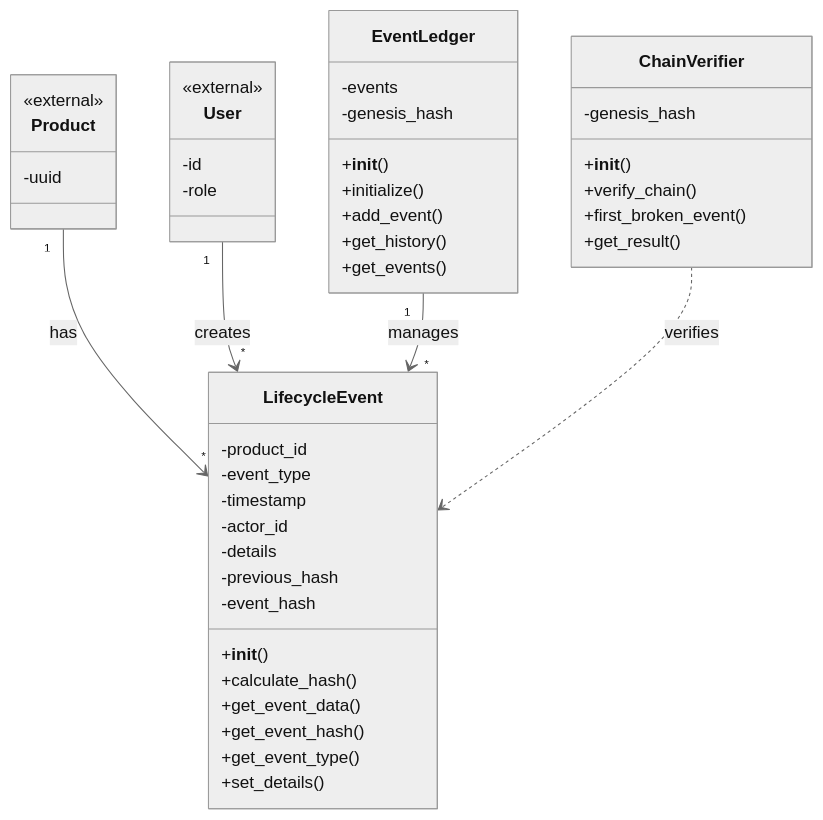
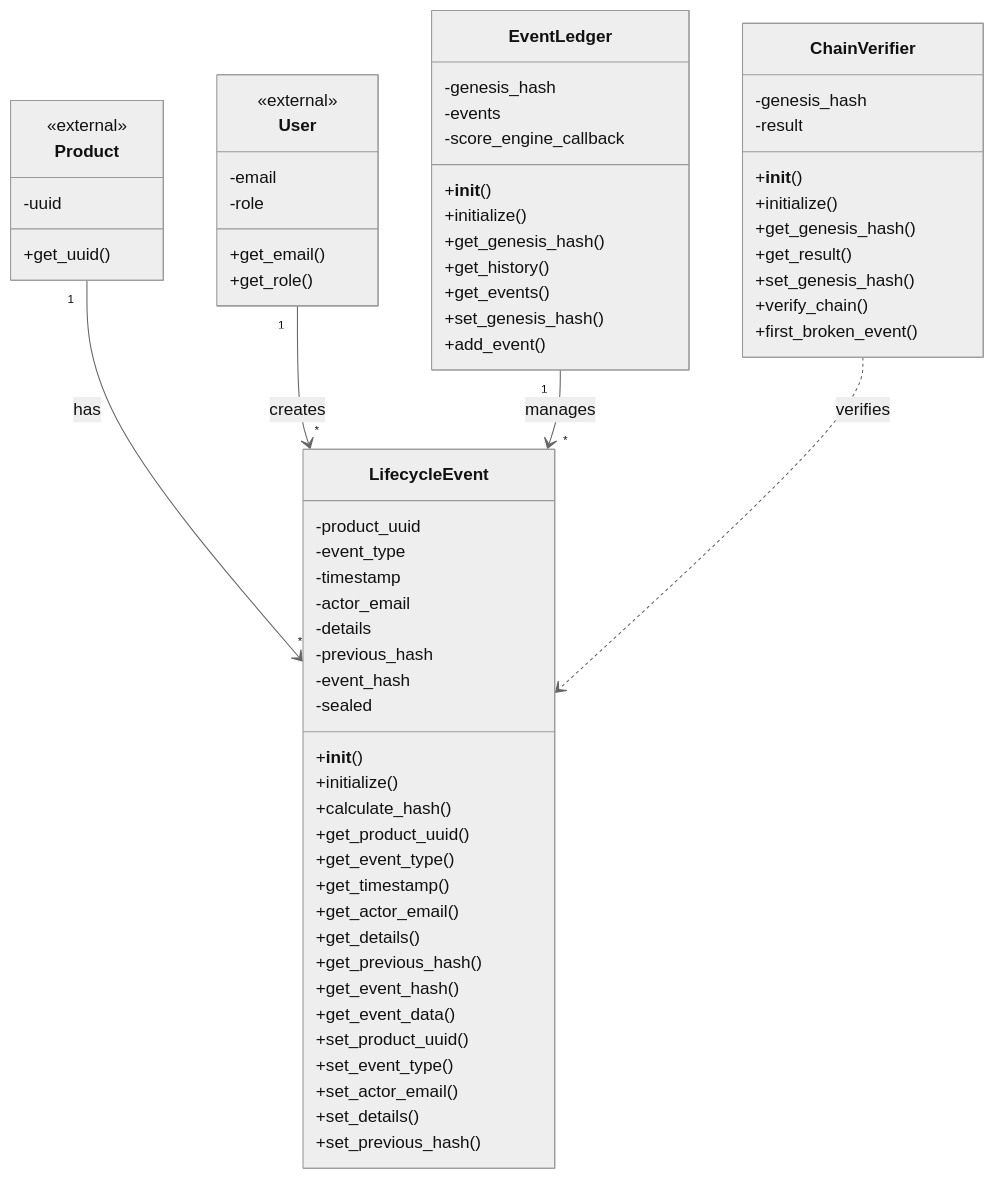
Before and after one commit to pradnya-shinde001/group15-circular-product-passport: the second of 3 diagrams in README.md, drawn with Mermaid (neutral theme). The commit also changed other lines of this file, not shown here.

Commit message:
Added Event Ledger Subsystem UML diagram
Updated class definitions and properties in the Event Ledger subsystem section of the README.

````diff
--- a/README.md
+++ b/README.md
@@ -85,52 +85,74 @@
 ```mermaid
 classDiagram
+
     Product "1" --> "*" LifecycleEvent : has
     User "1" --> "*" LifecycleEvent : creates
     EventLedger "1" --> "*" LifecycleEvent : manages
     ChainVerifier ..> LifecycleEvent : verifies
 
     class Product {
         <<external>>
         -uuid
+        +get_uuid()
     }
 
     class User {
         <<external>>
-        -id
+        -email
         -role
+        +get_email()
+        +get_role()
     }
 
     class LifecycleEvent {
-        -product_id
+        -product_uuid
         -event_type
         -timestamp
-        -actor_id
+        -actor_email
         -details
         -previous_hash
         -event_hash
+        -sealed
         +__init__()
+        +initialize()
         +calculate_hash()
+        +get_product_uuid()
+        +get_event_type()
+        +get_timestamp()
+        +get_actor_email()
+        +get_details()
+        +get_previous_hash()
+        +get_event_hash()
         +get_event_data()
-        +get_event_hash()
-        +get_event_type()
+        +set_product_uuid()
+        +set_event_type()
+        +set_actor_email()
         +set_details()
+        +set_previous_hash()
     }
 
     class EventLedger {
+        -genesis_hash
         -events
-        -genesis_hash
+        -score_engine_callback
         +__init__()
         +initialize()
-        +add_event()
+        +get_genesis_hash()
         +get_history()
         +get_events()
+        +set_genesis_hash()
+        +add_event()
     }
 
     class ChainVerifier {
         -genesis_hash
+        -result
         +__init__()
+        +initialize()
+        +get_genesis_hash()
+        +get_result()
+        +set_genesis_hash()
         +verify_chain()
         +first_broken_event()
-        +get_result()
     }
 ```
````
